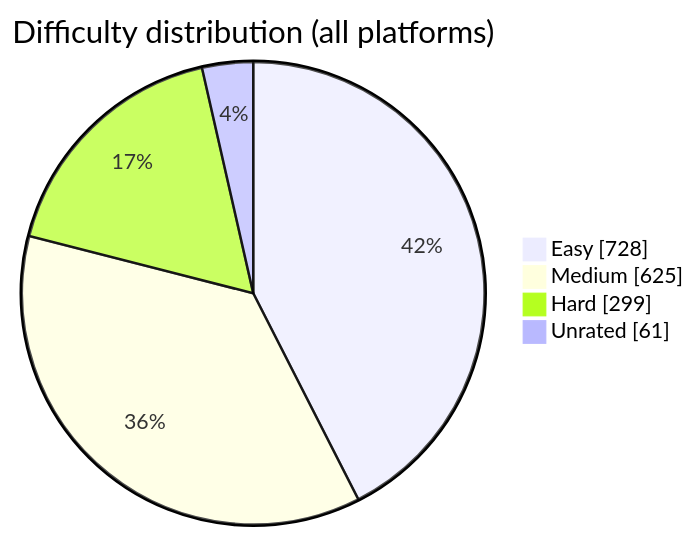
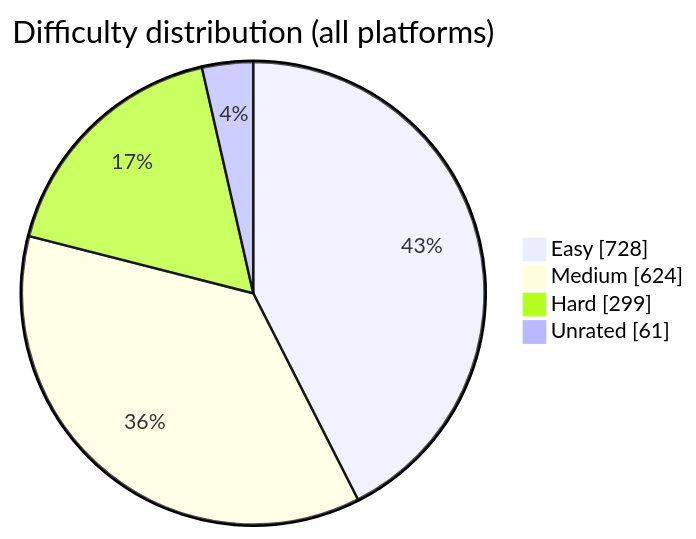
Before and after one commit to BuildbyArindam/Daily-Coding-Log: the diagram in README.md, drawn with Mermaid. The commit also changed other lines of this file, not shown here.

````diff
--- a/README.md
+++ b/README.md
@@ -93,7 +93,7 @@
 ```mermaid
 pie showData title Difficulty distribution (all platforms)
     "Easy" : 728
-    "Medium" : 625
+    "Medium" : 624
     "Hard" : 299
     "Unrated" : 61
 ```
````
